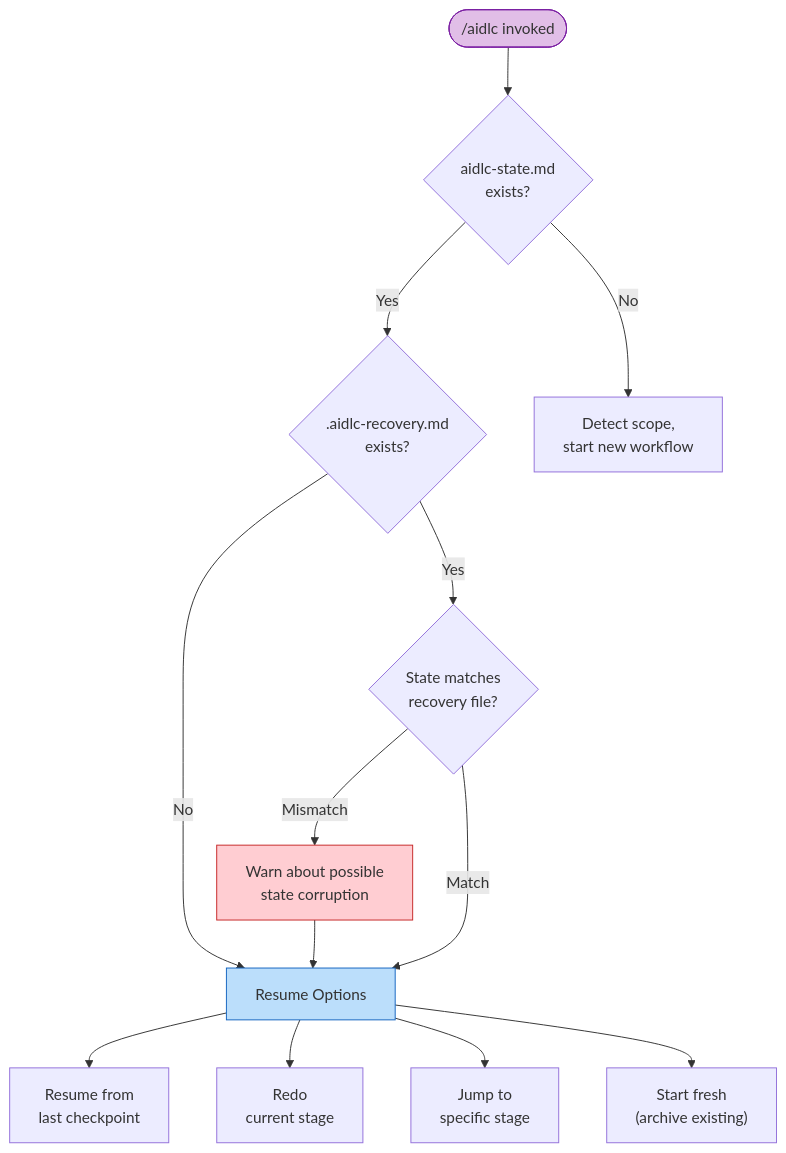
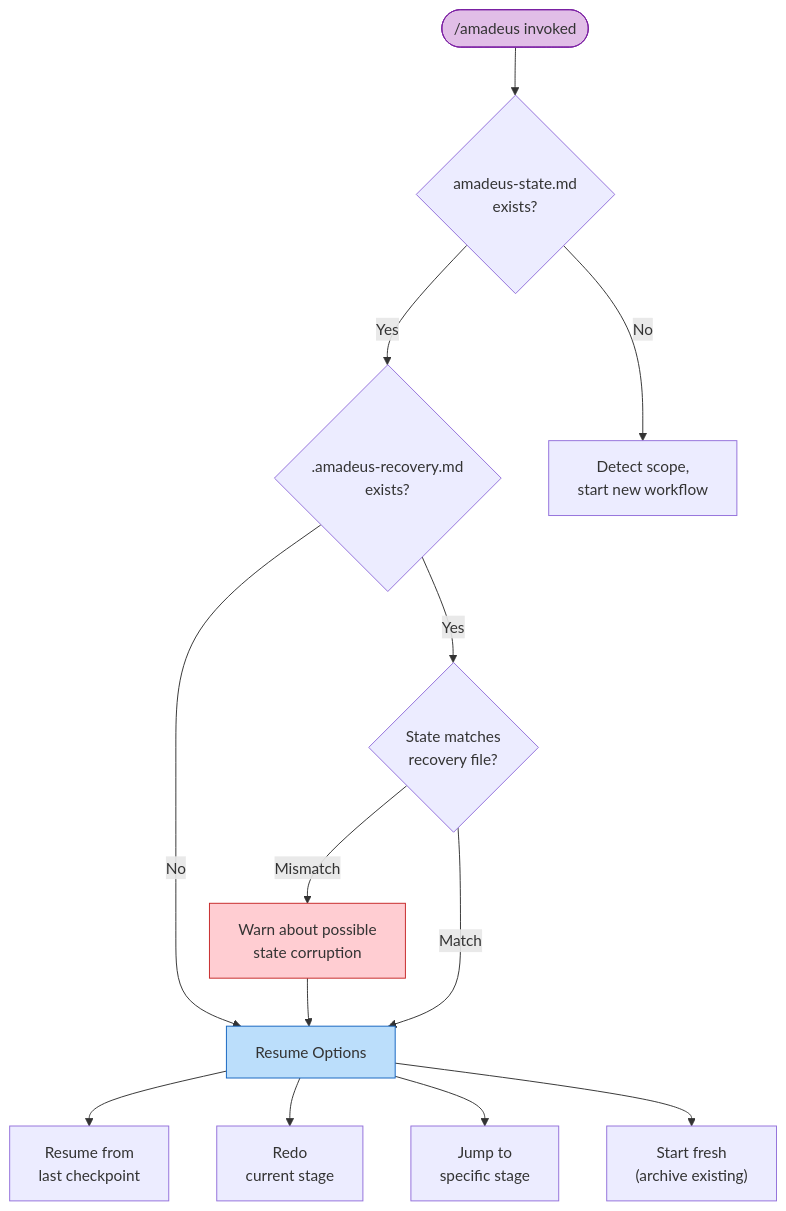
One commit to amadeus-dlc/amadeus changed the diagram in docs/guide/11-session-management.md. Above: the diagram before and after it, drawn with Mermaid. The commit also changed other lines of this file and 855 other files, not shown here.

Commit message:
refactor: rename aidlc prefixes to amadeus

````diff
--- a/docs/guide/11-session-management.md
+++ b/docs/guide/11-session-management.md
@@ -17,34 +17,34 @@
 ```mermaid
 flowchart TD
-    START(["/aidlc invoked"])
-    STATE_EXISTS{"aidlc-state.md\nexists?"}
-    RECOVERY_CHECK{".aidlc-recovery.md\nexists?"}
+    START(["/amadeus invoked"])
+    STATE_EXISTS{"amadeus-state.md\nexists?"}
+    RECOVERY_CHECK{".amadeus-recovery.md\nexists?"}
     CORRUPTION{"State matches\nrecovery file?"}
     WARN["Warn about possible\nstate corruption"]
     RESUME_MENU["Resume Options"]
 
     OPT_RESUME["Resume from\nlast checkpoint"]
     OPT_REDO["Redo\ncurrent stage"]
     OPT_JUMP["Jump to\nspecific stage"]
     OPT_FRESH["Start fresh\n(archive existing)"]
 
     SCOPE_DETECT["Detect scope,\nstart new workflow"]
 
     START --> STATE_EXISTS
     STATE_EXISTS -->|Yes| RECOVERY_CHECK
     STATE_EXISTS -->|No| SCOPE_DETECT
 
     RECOVERY_CHECK -->|Yes| CORRUPTION
     RECOVERY_CHECK -->|No| RESUME_MENU
     CORRUPTION -->|Mismatch| WARN --> RESUME_MENU
     CORRUPTION -->|Match| RESUME_MENU
 
     RESUME_MENU --> OPT_RESUME
     RESUME_MENU --> OPT_REDO
     RESUME_MENU --> OPT_JUMP
     RESUME_MENU --> OPT_FRESH
 
     style START fill:#e1bee7,stroke:#7b1fa2
     style RESUME_MENU fill:#bbdefb,stroke:#1565c0
     style WARN fill:#ffcdd2,stroke:#c62828
 ```
````
